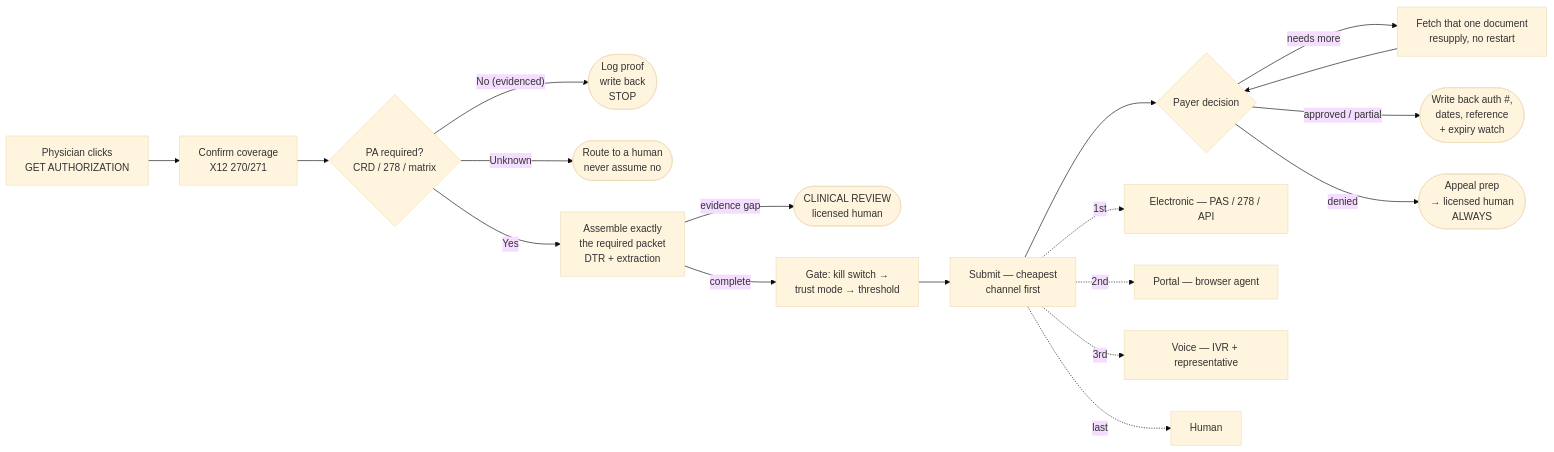
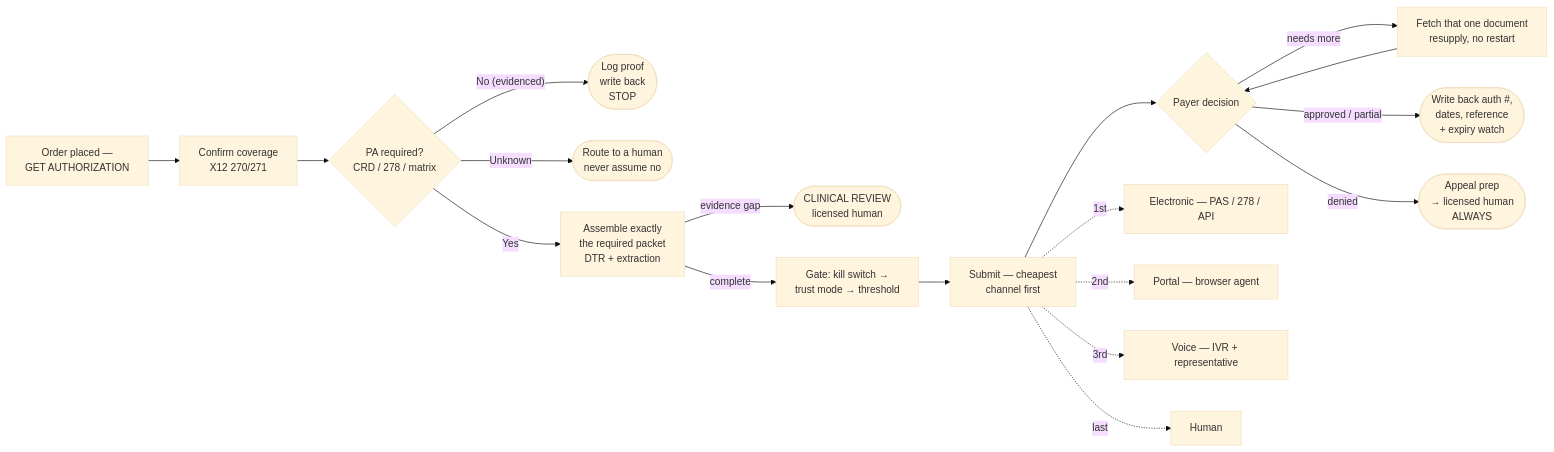
The first of 2 diagrams in nexauthai/docs/NexAuthAI-Solution.md (josephjebaraj11/medblock-pr-auth-study), drawn with Mermaid (base theme) before and after one commit. The commit also changed other lines of this file and 41 other files, not shown here.

Commit message:
Update the architecture

````diff
--- a/nexauthai/docs/NexAuthAI-Solution.md
+++ b/nexauthai/docs/NexAuthAI-Solution.md
@@ -132,21 +184,21 @@
 ```mermaid
 flowchart LR
-  A["Physician clicks<br/>GET AUTHORIZATION"] --> B["Confirm coverage<br/>X12 270/271"]
+  A["Order placed —<br/>GET AUTHORIZATION"] --> B["Confirm coverage<br/>X12 270/271"]
   B --> C{"PA required?<br/>CRD / 278 / matrix"}
   C -- "No (evidenced)" --> C1(["Log proof<br/>write back<br/>STOP"])
   C -- "Unknown" --> C2(["Route to a human<br/>never assume no"])
   C -- Yes --> D["Assemble exactly<br/>the required packet<br/>DTR + extraction"]
   D -- "evidence gap" --> D1(["CLINICAL REVIEW<br/>licensed human"])
   D -- complete --> E["Gate: kill switch →<br/>trust mode → threshold"]
   E --> F["Submit — cheapest<br/>channel first"]
   F --> G{"Payer decision"}
   G -- "needs more" --> H["Fetch that one document<br/>resupply, no restart"]
   H --> G
   G -- "approved / partial" --> I(["Write back auth #,<br/>dates, reference<br/>+ expiry watch"])
   G -- denied --> J(["Appeal prep<br/>→ licensed human<br/>ALWAYS"])
 
   F -.1st.-> F1["Electronic — PAS / 278 / API"]
   F -.2nd.-> F2["Portal — browser agent"]
   F -.3rd.-> F3["Voice — IVR + representative"]
   F -.last.-> F4["Human"]
 ```
````
